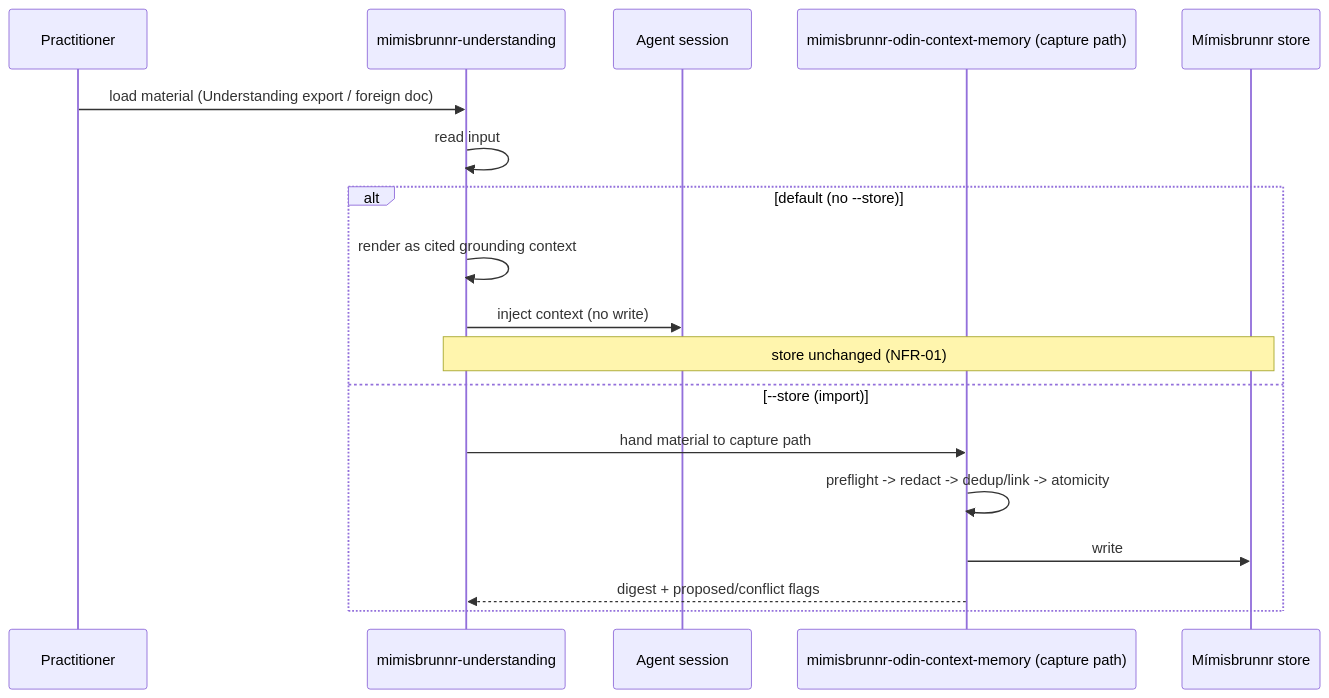
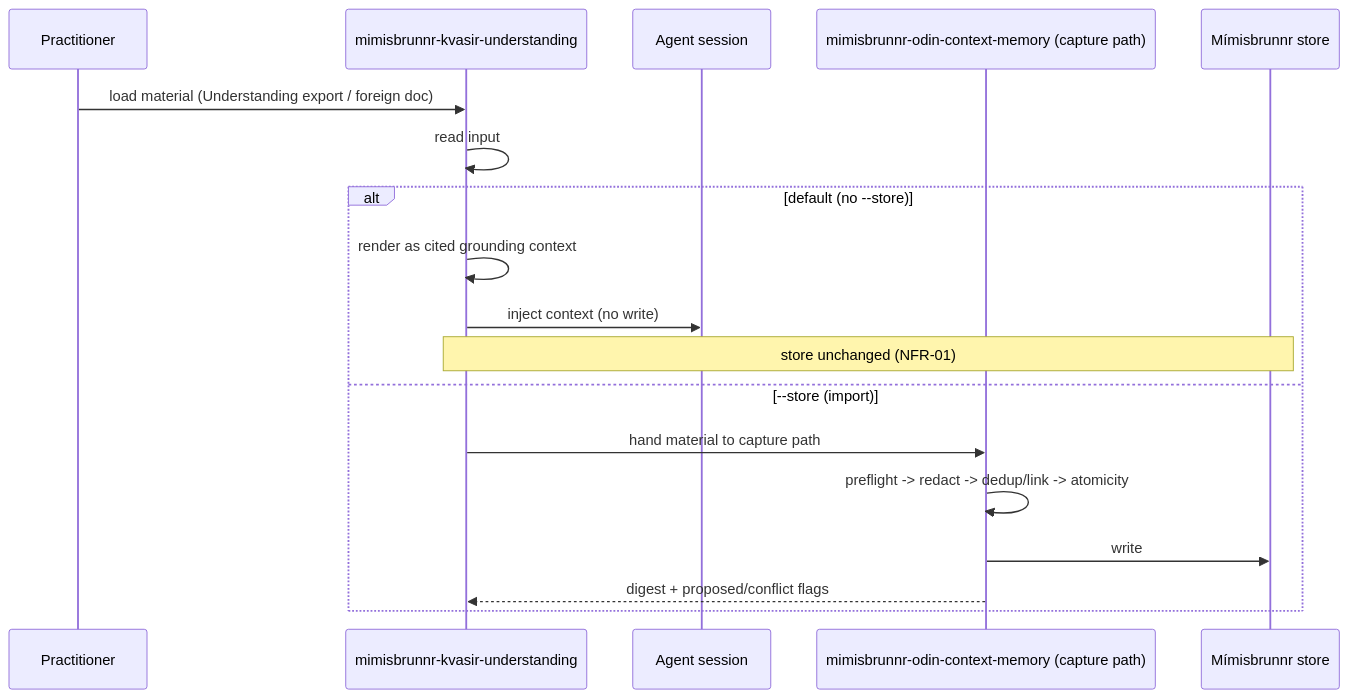
The diagram in docs/hlds/007-understanding-transfer/diagrams/flow-load-and-import.md (generic-automation-and-it/smooth-ai-product-context-memory), drawn with Mermaid before and after one commit. The commit also changed 67 other files, not shown here.

````diff
--- a/docs/hlds/007-understanding-transfer/diagrams/flow-load-and-import.md
+++ b/docs/hlds/007-understanding-transfer/diagrams/flow-load-and-import.md
@@ -3,21 +3,21 @@
 ```mermaid
 sequenceDiagram
     participant Practitioner
-    participant LoadSkill as mimisbrunnr-understanding
+    participant LoadSkill as mimisbrunnr-kvasir-understanding
     participant Agent as Agent session
     participant Capture as mimisbrunnr-odin-context-memory (capture path)
     participant Store as Mímisbrunnr store
 
     Practitioner->>LoadSkill: load material (Understanding export / foreign doc)
     LoadSkill->>LoadSkill: read input
     alt default (no --store)
         LoadSkill->>LoadSkill: render as cited grounding context
         LoadSkill->>Agent: inject context (no write)
         Note over LoadSkill,Store: store unchanged (NFR-01)
     else --store (import)
         LoadSkill->>Capture: hand material to capture path
         Capture->>Capture: preflight -> redact -> dedup/link -> atomicity
         Capture->>Store: write
         Capture-->>LoadSkill: digest + proposed/conflict flags
     end
 ```
````
